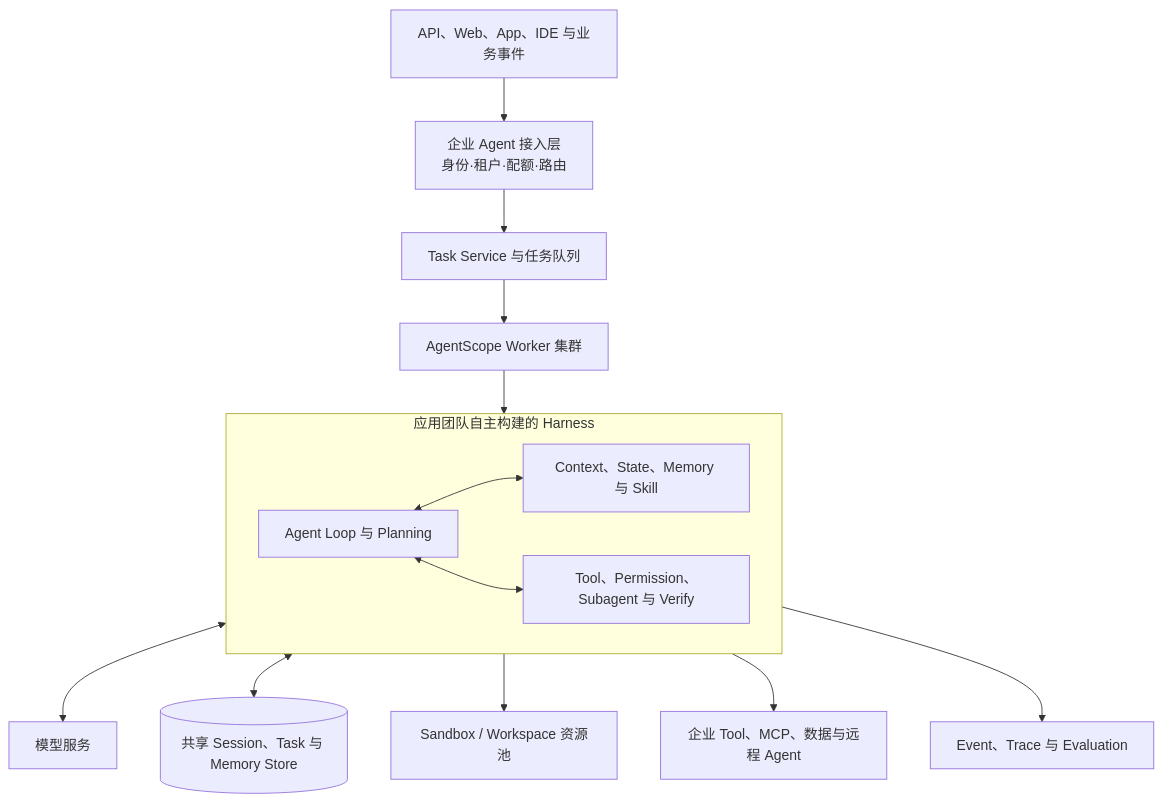
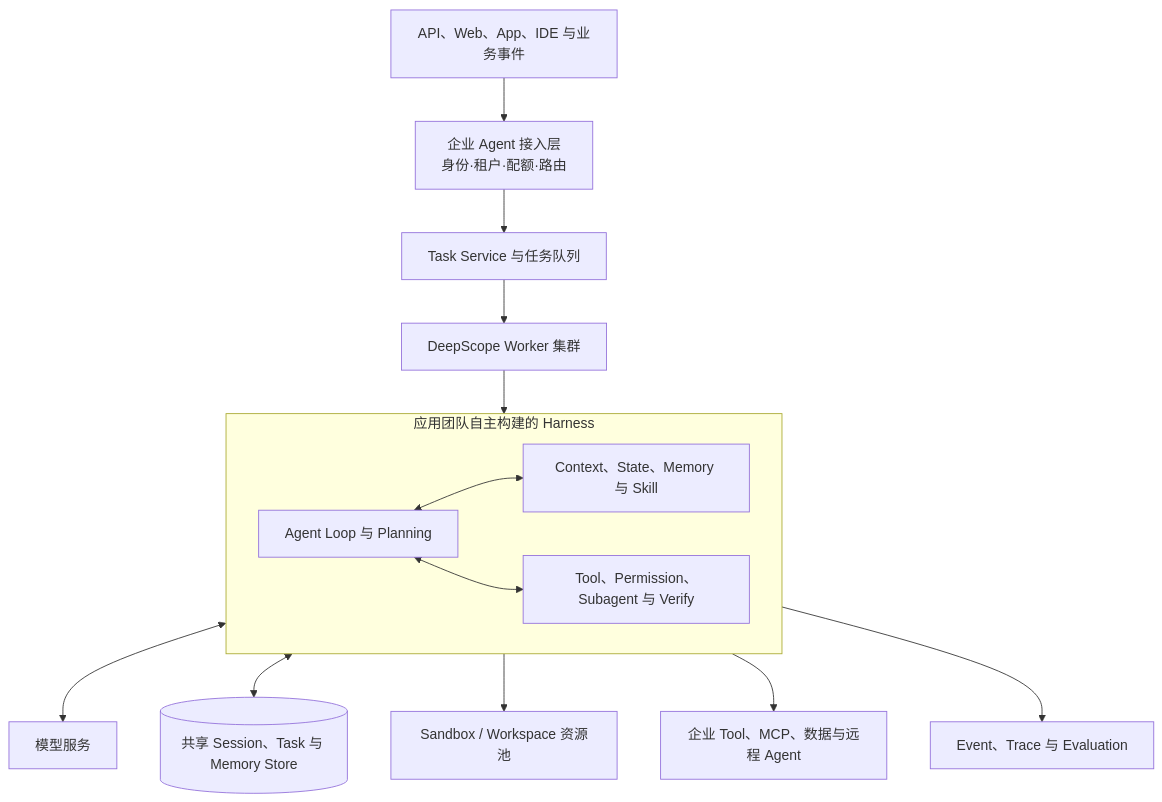
One commit to xchen1012a-sketch/DeepScope changed the second of 5 diagrams in docs/v2/zh/blogs/how-to-build-agent-harness/01-patterns.md. Above: the diagram before and after it, drawn with Mermaid. The commit also changed other lines of this file and 6316 other files, not shown here.

First line of the commit message:
refactor: rename AgentScope identifiers to DeepScope

````diff
--- a/docs/v2/zh/blogs/how-to-build-agent-harness/01-patterns.md
+++ b/docs/v2/zh/blogs/how-to-build-agent-harness/01-patterns.md
@@ -178,21 +178,21 @@
 ```mermaid
 flowchart TB
     C[API、Web、App、IDE 与业务事件] --> G[企业 Agent 接入层<br/>身份·租户·配额·路由]
     G --> Q[Task Service 与任务队列]
-    Q --> W[AgentScope Worker 集群]
+    Q --> W[DeepScope Worker 集群]
 
     subgraph H[应用团队自主构建的 Harness]
         L[Agent Loop 与 Planning]
         C1[Context、State、Memory 与 Skill]
         A[Tool、Permission、Subagent 与 Verify]
         L <--> C1
         L <--> A
     end
 
     W --> H
     H <--> M[模型服务]
     H <--> S[(共享 Session、Task 与 Memory Store)]
     H --> X[Sandbox / Workspace 资源池]
     H --> T[企业 Tool、MCP、数据与远程 Agent]
     H --> O[Event、Trace 与 Evaluation]
 ```
````
